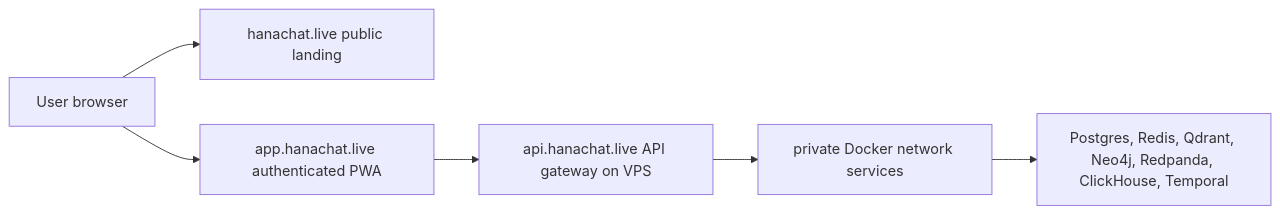
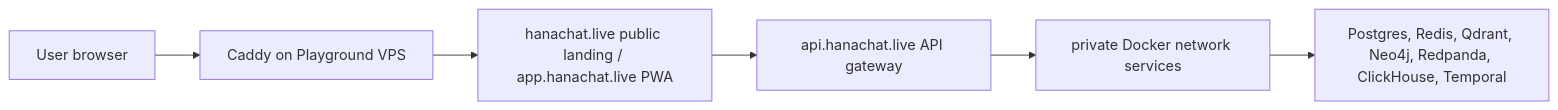
The diagram in docs/domain-integration.md (Afnanksalal/hana-chat), drawn with Mermaid before and after one commit. The commit also changed other lines of this file and 16 other files, not shown here.

Commit message:
chore: self host web on playground vps

````diff
--- a/docs/domain-integration.md
+++ b/docs/domain-integration.md
@@ -5,8 +5,8 @@
 ```mermaid
 flowchart LR
-  User["User browser"] --> Site["hanachat.live public landing"]
-  User --> App["app.hanachat.live authenticated PWA"]
-  App --> Api["api.hanachat.live API gateway on VPS"]
+  User["User browser"] --> Edge["Caddy on Playground VPS"]
+  Edge --> Site["hanachat.live public landing / app.hanachat.live PWA"]
+  Site --> Api["api.hanachat.live API gateway"]
   Api --> Services["private Docker network services"]
   Services --> Data["Postgres, Redis, Qdrant, Neo4j, Redpanda, ClickHouse, Temporal"]
 ```
````
